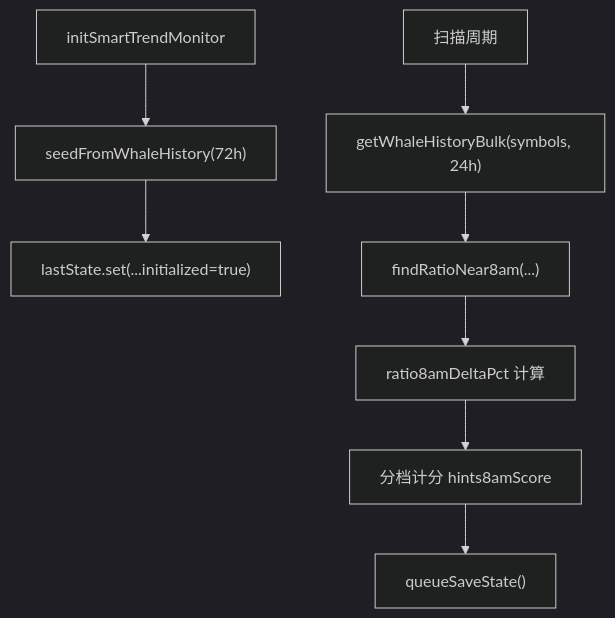
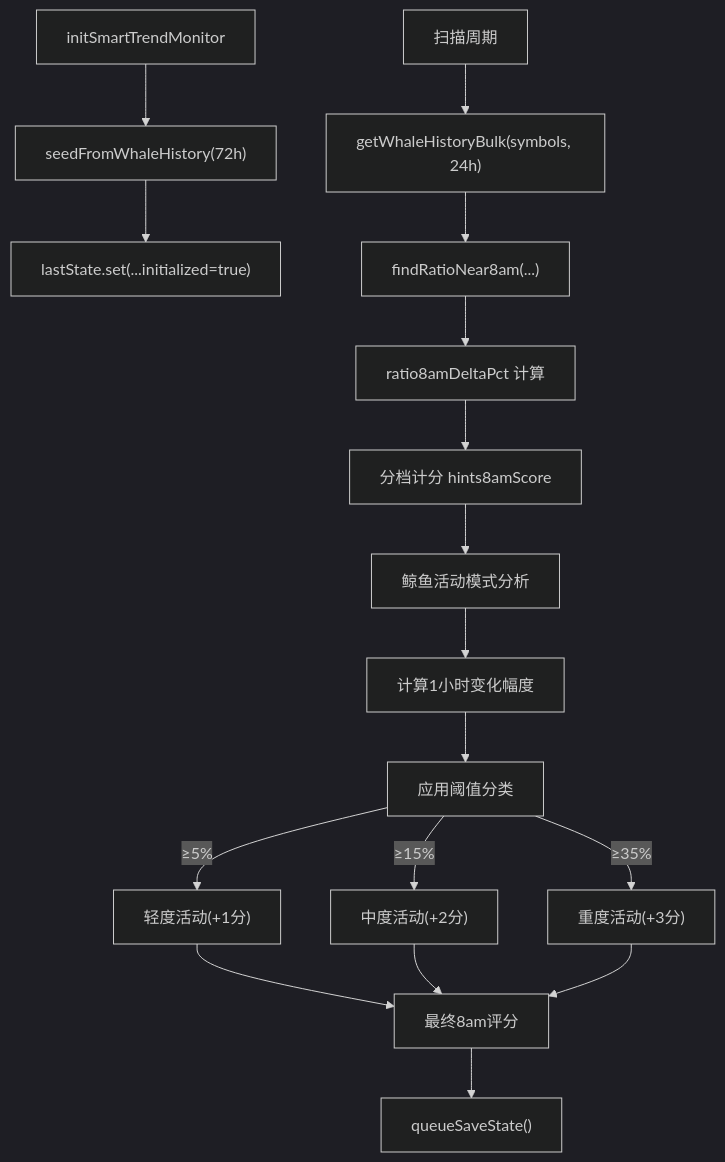
One commit to kekexilinan/BinaceSmart changed the sixth of 7 diagrams in .qoder/repowiki/zh/content/核心功能模块/鲸鱼历史追踪.md. Above: the diagram before and after it, drawn with Mermaid (dark theme). The commit also changed other lines of this file and 56 other files, not shown here.

````diff
--- a/.qoder/repowiki/zh/content/核心功能模块/鲸鱼历史追踪.md
+++ b/.qoder/repowiki/zh/content/核心功能模块/鲸鱼历史追踪.md
@@ -254,10 +275,19 @@
 ```mermaid
 flowchart TD
 Init["initSmartTrendMonitor"] --> Seed["seedFromWhaleHistory(72h)"]
 Seed --> State["lastState.set(...initialized=true)"]
 Scan["扫描周期"] --> Bulk["getWhaleHistoryBulk(symbols, 24h)"]
 Bulk --> Baseline["findRatioNear8am(...)"]
 Baseline --> Delta["ratio8amDeltaPct 计算"]
 Delta --> Score["分档计分 hints8amScore"]
-Score --> Persist["queueSaveState()"]
+Score --> WhaleAnalysis["鲸鱼活动模式分析"]
+WhaleAnalysis --> HourlyChange["计算1小时变化幅度"]
+HourlyChange --> Threshold["应用阈值分类"]
+Threshold --> |≥5%| Mild["轻度活动(+1分)"]
+Threshold --> |≥15%| Moderate["中度活动(+2分)"]
+Threshold --> |≥35%| Severe["重度活动(+3分)"]
+Mild --> FinalScore["最终8am评分"]
+Moderate --> FinalScore
+Severe --> FinalScore
+FinalScore --> Persist["queueSaveState()"]
 ```
````
